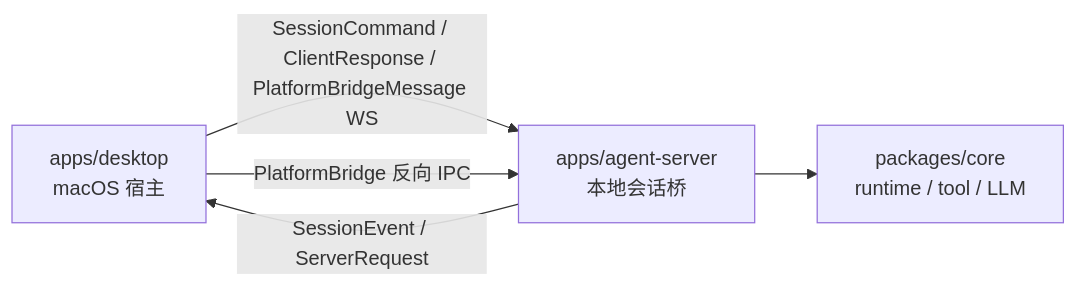
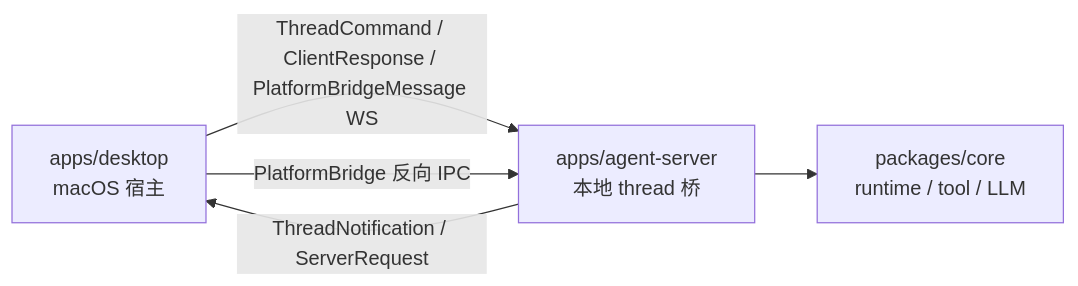
The diagram in apps/apps.md (Lixuhang987/SpotAgent), drawn with Mermaid before and after one commit. The commit also changed other lines of this file and 132 other files, not shown here.

Commit message:
refactor: unify desktop app server around thread protocol

````diff
--- a/apps/apps.md
+++ b/apps/apps.md
@@ -14,7 +14,7 @@
 ```mermaid
 flowchart LR
-  A[apps/desktop<br/>macOS 宿主] -->|SessionCommand / ClientResponse / PlatformBridgeMessage WS| B[apps/agent-server<br/>本地会话桥]
-  B -->|SessionEvent / ServerRequest| A
+  A[apps/desktop<br/>macOS 宿主] -->|ThreadCommand / ClientResponse / PlatformBridgeMessage WS| B[apps/agent-server<br/>本地 thread 桥]
+  B -->|ThreadNotification / ServerRequest| A
   B --> C[packages/core<br/>runtime / tool / LLM]
   A -->|PlatformBridge 反向 IPC| B
 ```
````
